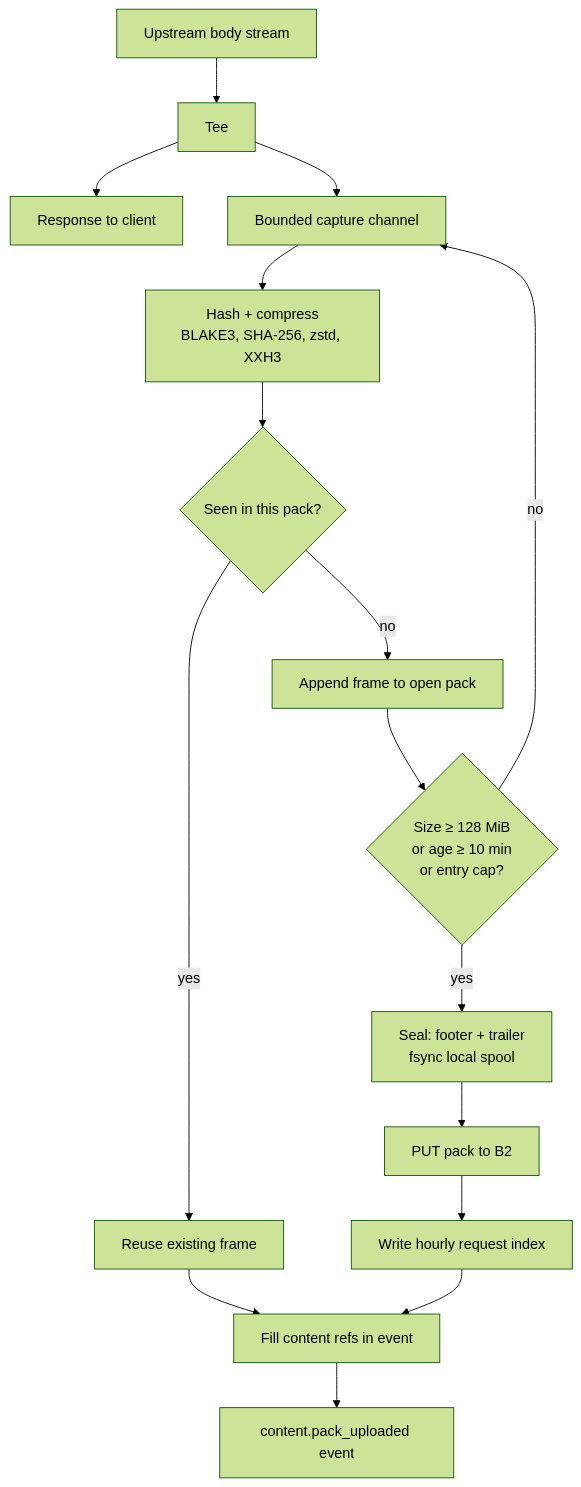
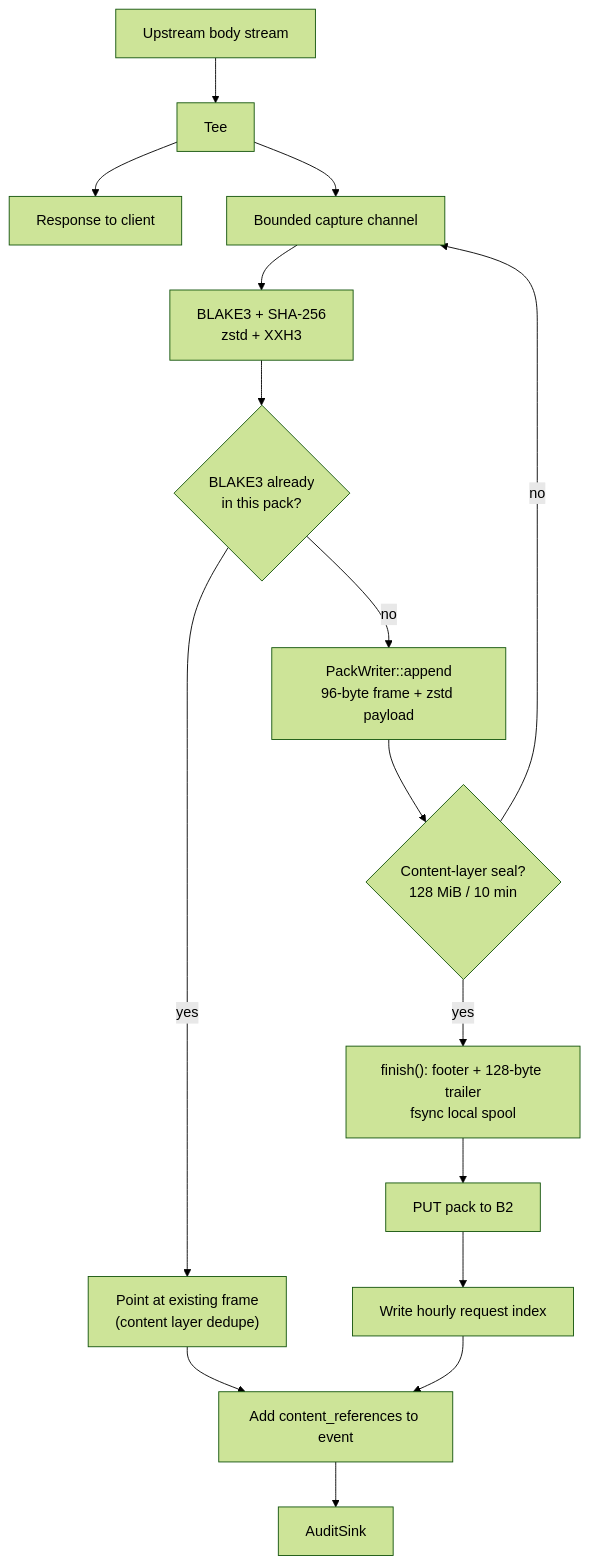
The first of 3 diagrams in docs/architecture/content-plane.md (mkroman/neuradex), drawn with Mermaid (forest theme) before and after one commit. The commit also changed other lines of this file and 30 other files, not shown here.

Commit message:
docs: align audit and packfile references with the implementations

````diff
--- a/docs/architecture/content-plane.md
+++ b/docs/architecture/content-plane.md
@@ -21,18 +21,18 @@
 ```mermaid
 flowchart TB
     U["Upstream body stream"] --> T["Tee"]
     T --> R["Response to client"]
     T --> B["Bounded capture channel"]
-    B --> H["Hash + compress<br/>BLAKE3, SHA-256, zstd, XXH3"]
-    H --> D{"Seen in this pack?"}
-    D -->|yes| F["Reuse existing frame"]
-    D -->|no| A["Append frame to open pack"]
-    A --> S{"Size ≥ 128 MiB<br/>or age ≥ 10 min<br/>or entry cap?"}
+    B --> H["BLAKE3 + SHA-256<br/>zstd + XXH3"]
+    H --> D{"BLAKE3 already<br/>in this pack?"}
+    D -->|yes| F["Point at existing frame<br/>(content layer dedupe)"]
+    D -->|no| A["PackWriter::append<br/>96-byte frame + zstd payload"]
+    A --> S{"Content-layer seal?<br/>128 MiB / 10 min"}
     S -->|no| B
-    S -->|yes| SEAL["Seal: footer + trailer<br/>fsync local spool"]
+    S -->|yes| SEAL["finish(): footer + 128-byte trailer<br/>fsync local spool"]
     SEAL --> PUT["PUT pack to B2"]
     PUT --> IDX["Write hourly request index"]
-    IDX --> EV["Fill content refs in event"]
+    IDX --> EV["Add content_references to event"]
     F --> EV
-    EV --> DONE["content.pack_uploaded event"]
+    EV --> DONE["AuditSink"]
 ```
````
